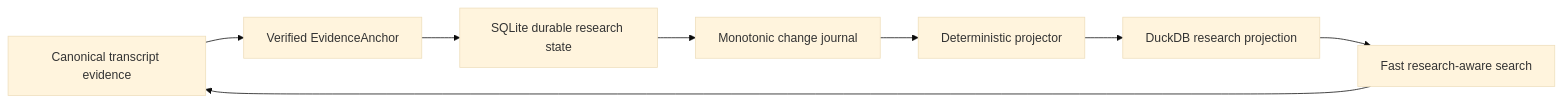
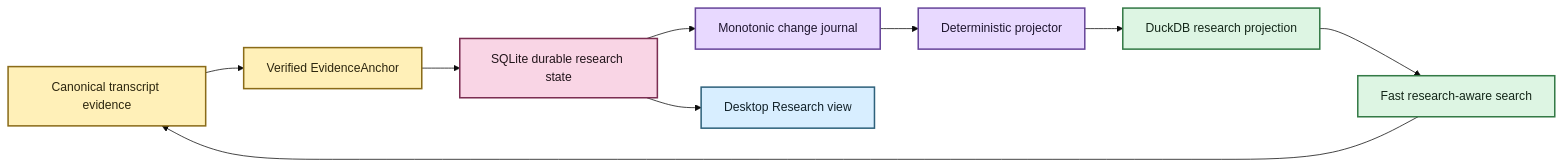
Before and after one commit to SSD1805/EchoFlow: the diagram in docs/research-notes.md, drawn with Mermaid (base theme). The commit also changed other lines of this file, not shown here.

Commit message:
docs: refresh research notes for desktop workspace

````diff
--- a/docs/research-notes.md
+++ b/docs/research-notes.md
@@ -26,10 +26,23 @@
 ```mermaid
 flowchart LR
     A[Canonical transcript evidence] --> B[Verified EvidenceAnchor]
     B --> C[SQLite durable research state]
     C --> D[Monotonic change journal]
     D --> E[Deterministic projector]
     E --> F[DuckDB research projection]
     F --> G[Fast research-aware search]
     G --> A
+    C --> H[Desktop Research view]
+
+    classDef evidence fill:#FFF0B8,stroke:#8A6B18,stroke-width:2px,color:#2C260F
+    classDef source fill:#F9D5E5,stroke:#7B2E52,stroke-width:2px,color:#22151B
+    classDef process fill:#E8D9FF,stroke:#68469B,stroke-width:2px,color:#1F1630
+    classDef view fill:#DDF5E3,stroke:#347A46,stroke-width:2px,color:#142719
+    classDef inspect fill:#D8EEFF,stroke:#2E617B,stroke-width:2px,color:#12222A
+
+    class A,B evidence
+    class C source
+    class D,E process
+    class F,G view
+    class H inspect
 ```
````
